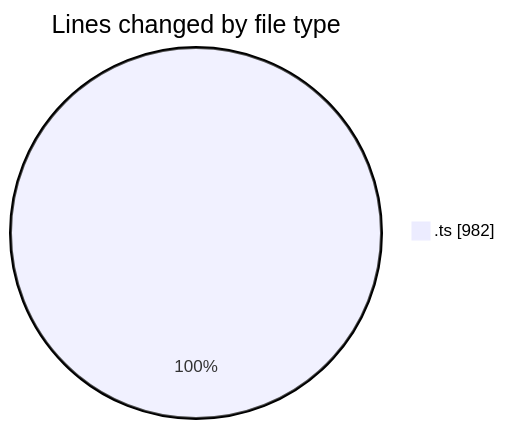
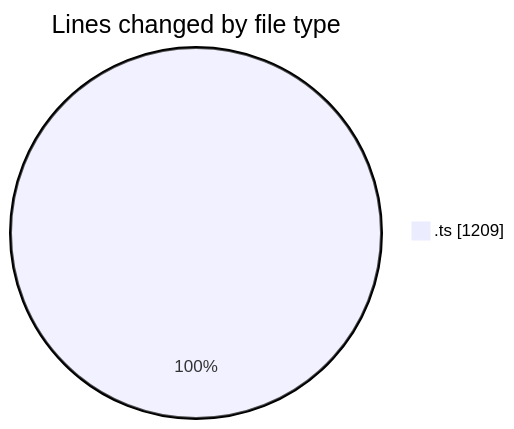
The first of 2 diagrams in 2025-10-30/cda/README.md (momahboobian/code-tracking), drawn with Mermaid before and after one commit. The commit also changed other lines of this file and 1 other file, not shown here.

````diff
--- a/2025-10-30/cda/README.md
+++ b/2025-10-30/cda/README.md
@@ -20,5 +22,5 @@
 ```mermaid
 pie showData
 title Lines changed by file type
-".ts" : 982
+".ts" : 1209
 ```
````
